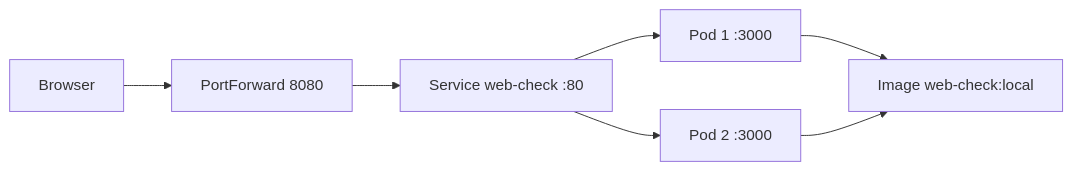
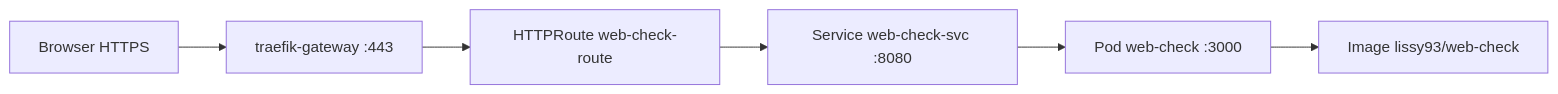
The diagram in PRÄSENTATION.md (leteffe/web-check-k8s), drawn with Mermaid before and after one commit. The commit also changed other lines of this file and 2 other files, not shown here.

````diff
--- a/PRÄSENTATION.md
+++ b/PRÄSENTATION.md
@@ -123,9 +128,8 @@
 ```mermaid
 flowchart LR
-  browser[Browser] --> pf[PortForward 8080]
-  pf --> svc[Service web-check :80]
-  svc --> pod1[Pod 1 :3000]
-  svc --> pod2[Pod 2 :3000]
-  pod1 --> img[Image web-check:local]
-  pod2 --> img
+  browser[Browser HTTPS] --> gw[traefik-gateway :443]
+  gw --> route[HTTPRoute web-check-route]
+  route --> svc[Service web-check-svc :8080]
+  svc --> pod[Pod web-check :3000]
+  pod --> img[Image lissy93/web-check]
 ```
````
